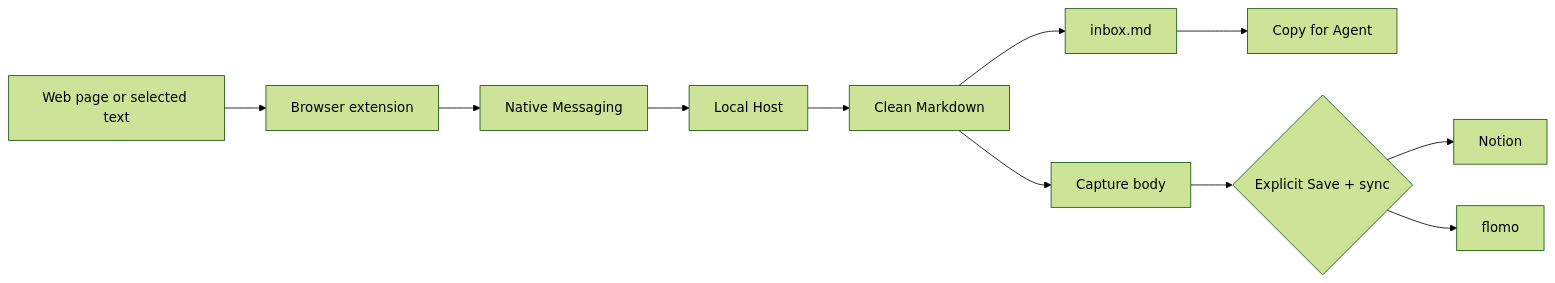
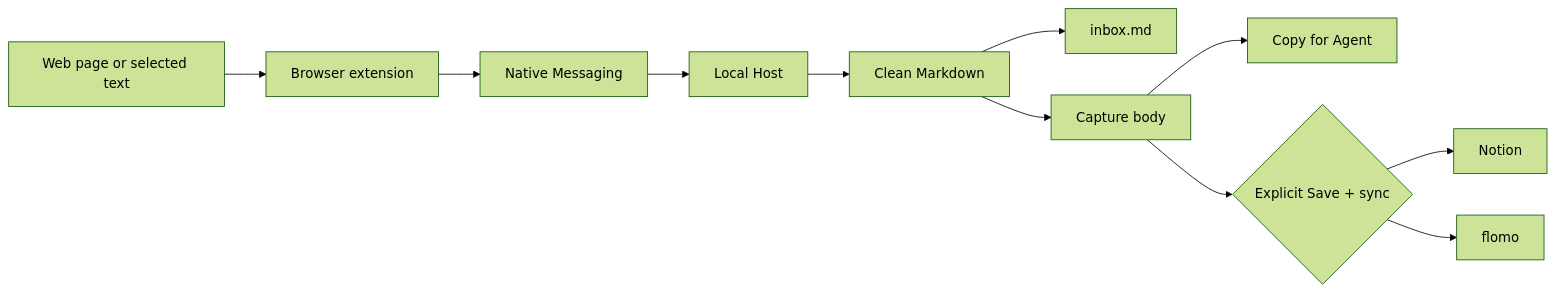
Before and after one commit to KKenny0/Clipplane: the diagram in README.en.md, drawn with Mermaid (forest theme). The commit also changed other lines of this file and 3 other files, not shown here.

````diff
--- a/README.en.md
+++ b/README.en.md
@@ -34,13 +34,13 @@
 ```mermaid
 flowchart LR
   A[Web page or selected text] --> B[Browser extension]
   B --> C[Native Messaging]
   C --> D[Local Host]
   D --> E[Clean Markdown]
   E --> F[inbox.md]
   E --> G[Capture body]
-  F --> H[Copy for Agent]
+  G --> H[Copy for Agent]
   G --> I{Explicit Save + sync}
   I --> J[Notion]
   I --> K[flomo]
 ```
````
